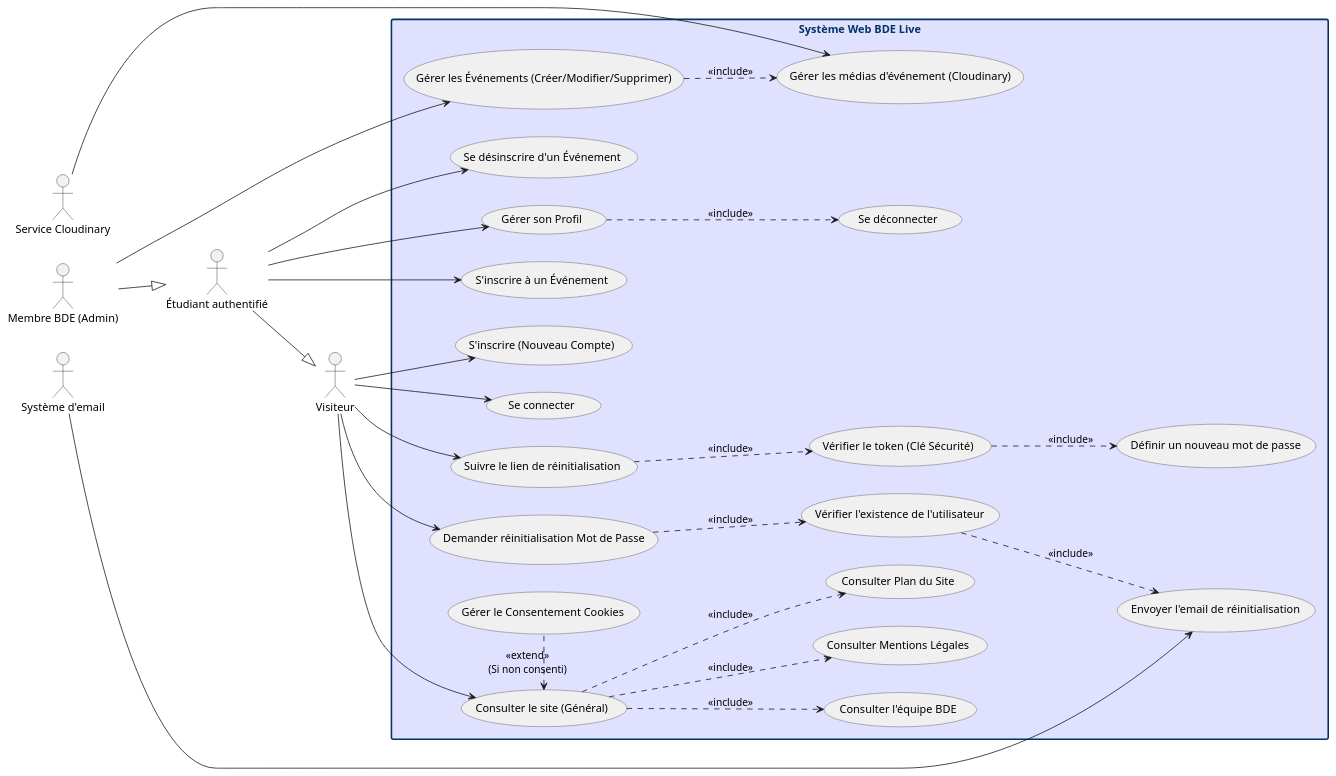
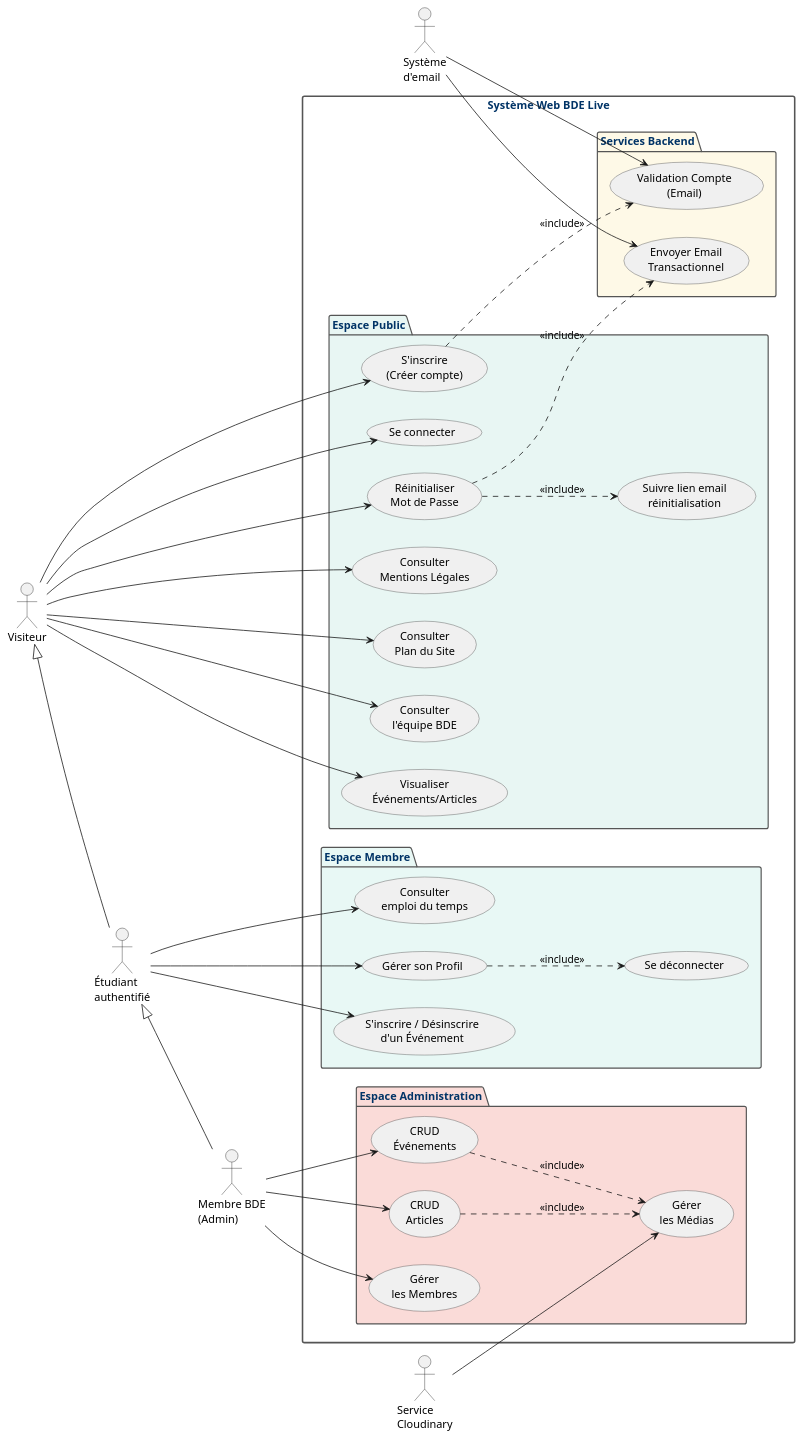
The diagram in docs/diagramme-cas-utilisation.puml (AHAMED-Nasser/BdeLive), drawn with PlantUML before and after one commit. The commit also changed 73 other files, not shown here.

First line of the commit message:
Fix/architecture and tools (#182)

```diff
--- a/docs/diagramme-cas-utilisation.puml
+++ b/docs/diagramme-cas-utilisation.puml
@@ -1,114 +1,112 @@
 @startuml
 
 skinparam usecase {
     BackgroundColor #F0F0F0
     BorderColor #444444
 }
 skinparam rectangle {
     BorderColor #003366
     BackgroundColor #E0E0FF
     FontColor #003366
     StereotypeFontColor #003366
     BorderThickness 2
 }
+skinparam package {
+    BackgroundColor #FFFFFF
+    BorderColor #555555
+    BorderThickness 1.5
+    FontColor #003366
+}
 
-' ==== 1. ACTEURS (Externes au système - tous à gauche) ====
+' ==== 1. ACTEURS ====
 left to right direction
 
-' Groupe d'acteurs à gauche
-together {
-    actor "Visiteur" as Visiteur
-    actor "Étudiant authentifié" as Etudiant
-    actor "Membre BDE (Admin)" as Admin
-    actor "Système d'email" as MailSystem
-    actor "Service Cloudinary" as CloudinaryService
+actor "Visiteur" as Visiteur
+actor "Étudiant\nauthentifié" as Etudiant
+actor "Membre BDE\n(Admin)" as Admin
+actor "Système\nd'email" as MailSystem
+actor "Service\nCloudinary" as CloudinaryService
+
+' Héritage : Un Admin est un Étudiant, qui est lui-même un Visiteur
+Etudiant -up-|> Visiteur
+Admin -up-|> Etudiant
+
+' ==== 2. FRONTIÈRE DU SYSTÈME ====
+rectangle "Système Web BDE Live" {
+
+    ' --- PARTIE DÉCONNECTÉE (Accès Public) ---
+    package "Espace Public" #E8F6F3 {
+        usecase "S'inscrire\n(Créer compte)" as UC_Inscription
+        usecase "Se connecter" as UC_Login
+        usecase "Réinitialiser\nMot de Passe" as UC_ResetPwd
+        
+        ' Pages informatives
+        usecase "Consulter\nMentions Légales" as UC_Legal
+        usecase "Consulter\nPlan du Site" as UC_Sitemap
+        usecase "Consulter\nl'équipe BDE" as UC_Equipe
+        usecase "Visualiser\nÉvénements/Articles" as UC_ViewContent
+        
+        ' Détail Reset Pwd
+        usecase "Suivre lien email\nréinitialisation" as UC_FollowLink
+        UC_ResetPwd ..> UC_FollowLink : <<include>>
+    }
+
+    ' --- PARTIE CONNECTÉE (Membres) ---
+    package "Espace Membre" #E8F8F5 {
+        usecase "Gérer son Profil" as UC_Profile
+        usecase "Se déconnecter" as UC_Logout
+        usecase "S'inscrire / Désinscrire\nd'un Événement" as UC_RegisterEvent
+        usecase "Consulter\nemploi du temps" as UC_Schedule
+        
+        UC_Profile ..> UC_Logout : <<include>>
+    }
+
+    ' --- ADMINISTRATION (BDE) ---
+    package "Espace Administration" #FADBD8 {
+        usecase "CRUD\nÉvénements" as UC_ManageEvents
+        usecase "CRUD\nArticles" as UC_ManageArticles
+        usecase "Gérer\nles Médias" as UC_ManageMedia
+        usecase "Gérer\nles Membres" as UC_ManageMembers
+        
+        ' Gestion des médias incluse dans la gestion de contenu
+        UC_ManageEvents ..> UC_ManageMedia : <<include>>
+        UC_ManageArticles ..> UC_ManageMedia : <<include>>
+    }
+
+    ' --- SERVICES SYSTÈME ---
+    package "Services Backend" #FEF9E7 {
+        usecase "Envoyer Email\nTransactionnel" as UC_SendEmail
+        usecase "Validation Compte\n(Email)" as UC_VerifyEmail
+        
+        UC_Inscription ..> UC_VerifyEmail : <<include>>
+        UC_ResetPwd ..> UC_SendEmail : <<include>>
+    }
 }
 
-' Généralisation des Acteurs
-Etudiant --|> Visiteur
-Admin --|> Etudiant
+' ==== ASSOCIATIONS ACTEURS ↔ CAS D'UTILISATION ====
 
-' ==== 2. FRONTIÈRE DU SYSTÈME (Rectangle UML) ====
-rectangle "Système Web BDE Live" {
-
-    ' --- A. Cas d'utilisation publics / Déconnectés ---
-    usecase "Consulter le site (Général)" as UC_Consultation
-    usecase "S'inscrire (Nouveau Compte)" as UC_Inscription
-    usecase "Se connecter" as UC_Login
-    usecase "Demander réinitialisation Mot de Passe" as UC_ResetPwdRequest
-
-    usecase "Consulter Mentions Légales" as UC_Legal
-    usecase "Consulter Plan du Site" as UC_Sitemap
-    usecase "Consulter l'équipe BDE" as UC_Equipe
-
-    ' Cas d'utilisation détaillés et/ou inclus
-    usecase "Vérifier l'existence de l'utilisateur" as UC_VerifyUser
-    usecase "Envoyer l'email de réinitialisation" as UC_SendEmail
-    usecase "Suivre le lien de réinitialisation" as UC_FollowLink
-    usecase "Vérifier le token (Clé Sécurité)" as UC_VerifyToken
-    usecase "Définir un nouveau mot de passe" as UC_SetNewPwd
-
-    ' --- B. Cas d'utilisation Authentifiés (Étudiant) ---
-    usecase "Se déconnecter" as UC_Logout
-    usecase "Gérer son Profil" as UC_Profile
-    usecase "S'inscrire à un Événement" as UC_RegisterEvent
-    usecase "Se désinscrire d'un Événement" as UC_UnregisterEvent
-
-    ' --- C. Cas d'utilisation Administrateurs (Membre BDE) ---
-    usecase "Gérer les Événements (Créer/Modifier/Supprimer)" as UC_ManageEvents
-    usecase "Gérer les médias d'événement (Cloudinary)" as UC_ManageMedia
-
-    ' --- D. Cas d'utilisation Extension / Optionnel ---
-    usecase "Gérer le Consentement Cookies" as UC_Cookies
-
-    ' =======================================================
-    ' ==== Relations Include / Extend (INTERNES au système) ====
-    ' =======================================================
-
-    ' 1. Inclusion (Obligatoire)
-    UC_Consultation ..> UC_Legal : <<include>>
-    UC_Consultation ..> UC_Sitemap : <<include>>
-    UC_Consultation ..> UC_Equipe : <<include>>
-
-    UC_Profile ..> UC_Logout : <<include>>
-
-    ' 2. Token de Réinitialisation (Inclusions en séquence)
-    UC_ResetPwdRequest ..> UC_VerifyUser : <<include>>
-    UC_VerifyUser ..> UC_SendEmail : <<include>>
-    UC_FollowLink ..> UC_VerifyToken : <<include>>
-    UC_VerifyToken ..> UC_SetNewPwd : <<include>>
-
-    ' 3. Gestion Admin : UC_ManageEvents encapsule les opérations CRUD
-    ' (pas d'auto-include UML, la précision est dans le nom / la doc)
-
-    ' 4. Services d'Image (Cloudinary) – use case interne + association acteur
-    UC_ManageEvents ..> UC_ManageMedia : <<include>>
-
-    ' 5. Extension (Optionnelle) – cookies
-    UC_Consultation <. UC_Cookies : <<extend>>\n(Si non consenti)
-}
-
-' =======================================================
-' ==== Associations Acteurs ↔ Cas d'utilisation (Externes) ====
-' =======================================================
-
-' Visiteur (Public)
-Visiteur --> UC_Consultation
+' Visiteur (Accès Public)
 Visiteur --> UC_Inscription
 Visiteur --> UC_Login
-Visiteur --> UC_ResetPwdRequest
-Visiteur --> UC_FollowLink
+Visiteur --> UC_ResetPwd
+Visiteur --> UC_Legal
+Visiteur --> UC_Sitemap
+Visiteur --> UC_Equipe
+Visiteur --> UC_ViewContent
 
-' Étudiant (Connecté)
+' Étudiant (Hérite de Visiteur + Fonctionnalités Membre)
 Etudiant --> UC_Profile
 Etudiant --> UC_RegisterEvent
-Etudiant --> UC_UnregisterEvent
+Etudiant --> UC_Schedule
 
-' Admin (Membre BDE)
+' Admin (Hérite d'Étudiant + Fonctionnalités Admin)
 Admin --> UC_ManageEvents
+Admin --> UC_ManageArticles
+Admin --> UC_ManageMembers
 
 ' Systèmes Externes
 MailSystem --> UC_SendEmail
+MailSystem --> UC_VerifyEmail
 CloudinaryService --> UC_ManageMedia
 
 @enduml
```
